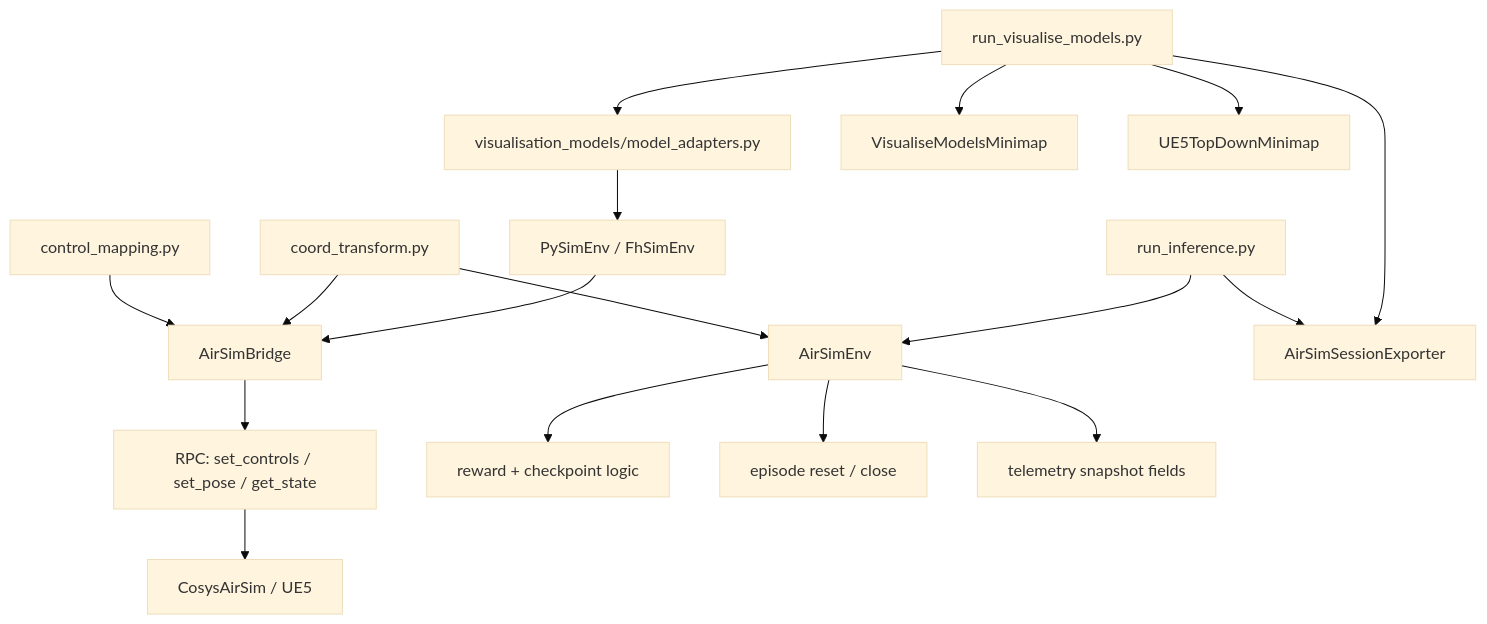
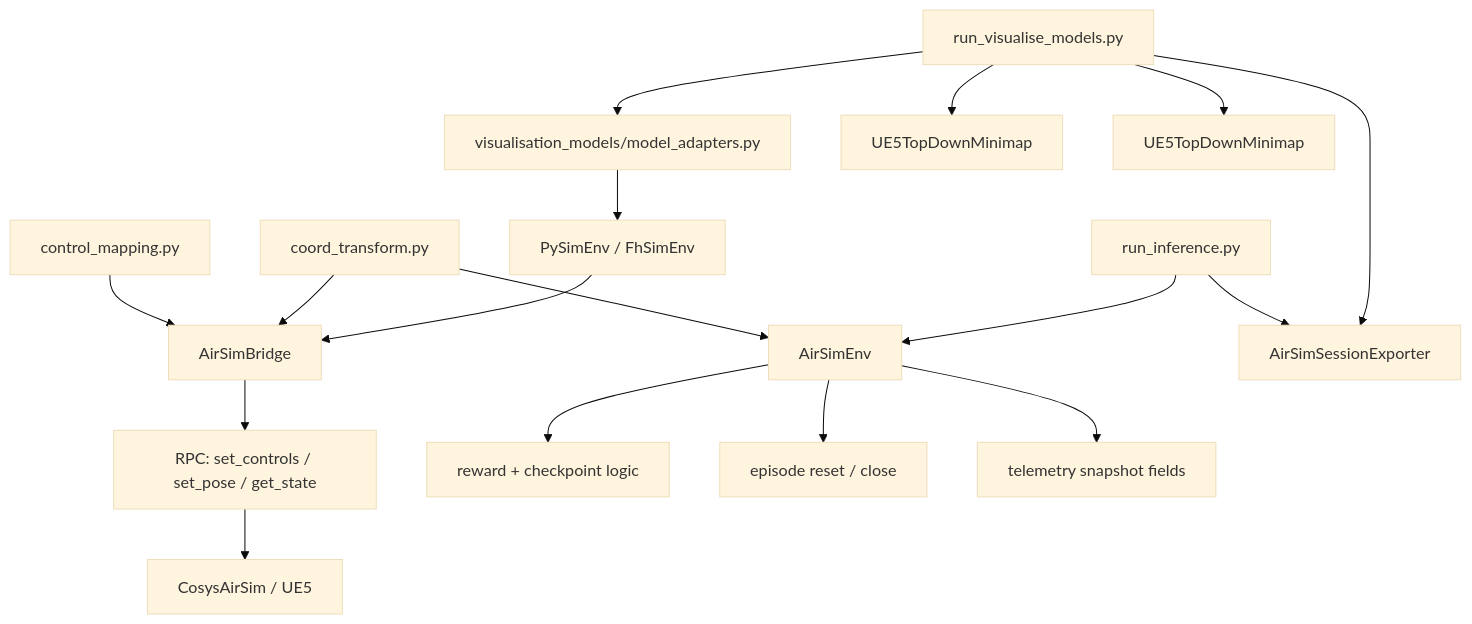
One commit to UAntwerpM4S/RudoLF changed the second of 2 diagrams in src/airsim/README.md. Above: the diagram before and after it, drawn with Mermaid (base theme). The commit also changed other lines of this file and 10 other files, not shown here.

````diff
--- a/src/airsim/README.md
+++ b/src/airsim/README.md
@@ -67,23 +67,23 @@
 ```mermaid
 flowchart TD
     A["AirSimBridge"] --> B["RPC: set_controls / set_pose / get_state"]
     B --> C["CosysAirSim / UE5"]
 
     D["control_mapping.py"] --> A
     E["coord_transform.py"] --> A
     E --> F["AirSimEnv"]
 
     F --> G["reward + checkpoint logic"]
     F --> H["episode reset / close"]
     F --> I["telemetry snapshot fields"]
 
     J["run_inference.py"] --> F
     K["run_visualise_models.py"] --> L["visualisation_models/model_adapters.py"]
     L --> M["PySimEnv / FhSimEnv"]
     M --> A
 
-    K --> N["VisualiseModelsMinimap"]
+K --> N["UE5TopDownMinimap"]
     K --> O["UE5TopDownMinimap"]
     J --> P["AirSimSessionExporter"]
     K --> P
 ```
````
